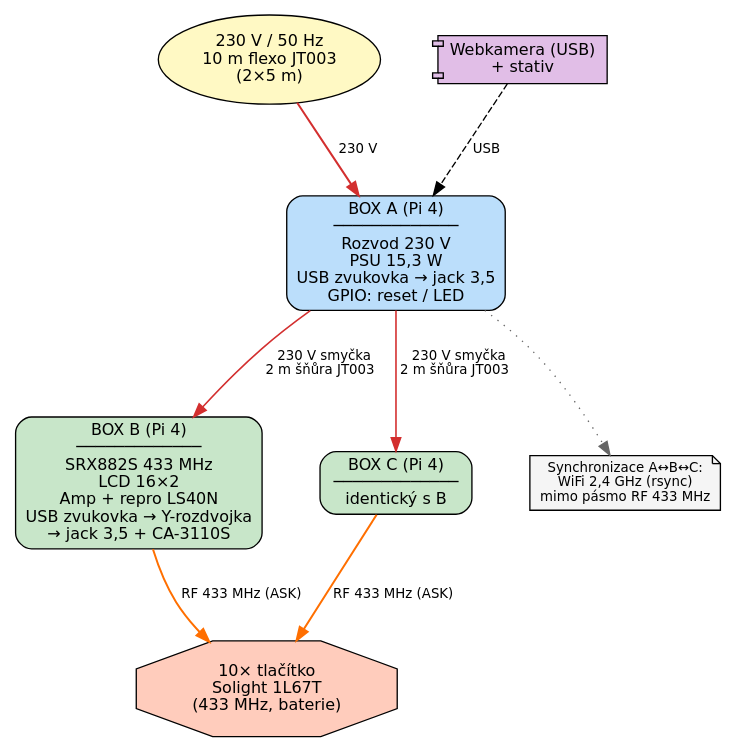
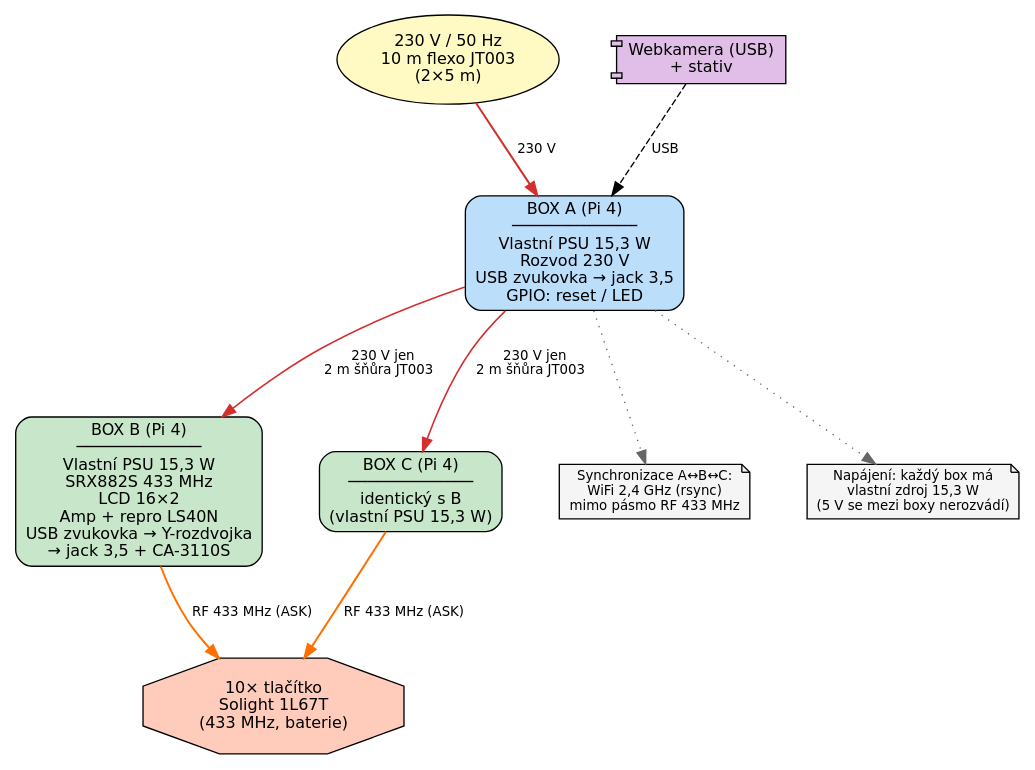
The diagram in docs/dot/sch_01_system_block.dot (K0F/1938_ABC), drawn with Graphviz before and after one commit. The commit also changed 6 other files, not shown here.

First line of the commit message:
docs: diagrams show each box has own 15.3W PSU

```diff
--- a/docs/dot/sch_01_system_block.dot
+++ b/docs/dot/sch_01_system_block.dot
@@ -1,30 +1,32 @@
 // SCH §1 — Blokové schéma systému
 digraph G {
     graph [fontname="DejaVu Sans" rankdir=TB bgcolor="white" nodesep=0.6 ranksep=0.8];
 node [fontname="DejaVu Sans" fontsize=12 style="filled"];
 edge [fontname="DejaVu Sans" fontsize=10];
 
 // 230V source
 net230v [label="230 V / 50 Hz\n10 m flexo JT003\n(2×5 m)" shape=oval fillcolor="#fff9c4"];
 
 // Boxes
-boxA [label="BOX A (Pi 4)\n─────────────\nRozvod 230 V\nPSU 15,3 W\nUSB zvukovka → jack 3,5\nGPIO: reset / LED" shape=box style="filled,rounded" fillcolor="#bbdefb"];
-boxB [label="BOX B (Pi 4)\n─────────────\nSRX882S 433 MHz\nLCD 16×2\nAmp + repro LS40N\nUSB zvukovka → Y-rozdvojka\n→ jack 3,5 + CA-3110S" shape=box style="filled,rounded" fillcolor="#c8e6c9"];
-boxC [label="BOX C (Pi 4)\n─────────────\nidentický s B" shape=box style="filled,rounded" fillcolor="#c8e6c9"];
+boxA [label="BOX A (Pi 4)\n─────────────\nVlastní PSU 15,3 W\nRozvod 230 V\nUSB zvukovka → jack 3,5\nGPIO: reset / LED" shape=box style="filled,rounded" fillcolor="#bbdefb"];
+boxB [label="BOX B (Pi 4)\n─────────────\nVlastní PSU 15,3 W\nSRX882S 433 MHz\nLCD 16×2\nAmp + repro LS40N\nUSB zvukovka → Y-rozdvojka\n→ jack 3,5 + CA-3110S" shape=box style="filled,rounded" fillcolor="#c8e6c9"];
+boxC [label="BOX C (Pi 4)\n─────────────\nidentický s B\n(vlastní PSU 15,3 W)" shape=box style="filled,rounded" fillcolor="#c8e6c9"];
 
 // Peripherals
 webkamera [label="Webkamera (USB)\n+ stativ" shape=component fillcolor="#e1bee7"];
 tlačítka [label="10× tlačítko\nSolight 1L67T\n(433 MHz, baterie)" shape=octagon fillcolor="#ffccbc"];
 
 // Edges
 net230v -> boxA [label="  230 V  " color="#d32f2f" penwidth=1.5];
-boxA -> boxB [label="  230 V smyčka\n  2 m šňůra JT003  " color="#d32f2f" penwidth=1.2];
-boxA -> boxC [label="  230 V smyčka\n  2 m šňůra JT003  " color="#d32f2f" penwidth=1.2];
+boxA -> boxB [label="  230 V jen\n  2 m šňůra JT003  " color="#d32f2f" penwidth=1.2];
+boxA -> boxC [label="  230 V jen\n  2 m šňůra JT003  " color="#d32f2f" penwidth=1.2];
 webkamera -> boxA [label="  USB  " style=dashed];
 boxB -> tlačítka [label="  RF 433 MHz (ASK)  " color="#ff6f00" penwidth=1.5 style=bold];
 boxC -> tlačítka [label="  RF 433 MHz (ASK)  " color="#ff6f00" penwidth=1.5 style=bold];
 
-// Sync note
+// Notes
 sync [label="Synchronizace A↔B↔C:\nWiFi 2,4 GHz (rsync)\nmimo pásmo RF 433 MHz" shape=note fillcolor="#f5f5f5" fontsize=10];
 boxA -> sync [style=dotted color="#666666"];
+napajeni [label="Napájení: každý box má\nvlastní zdroj 15,3 W\n(5 V se mezi boxy nerozvádí)" shape=note fillcolor="#f5f5f5" fontsize=10];
+boxA -> napajeni [style=dotted color="#666666"];
 }
```
